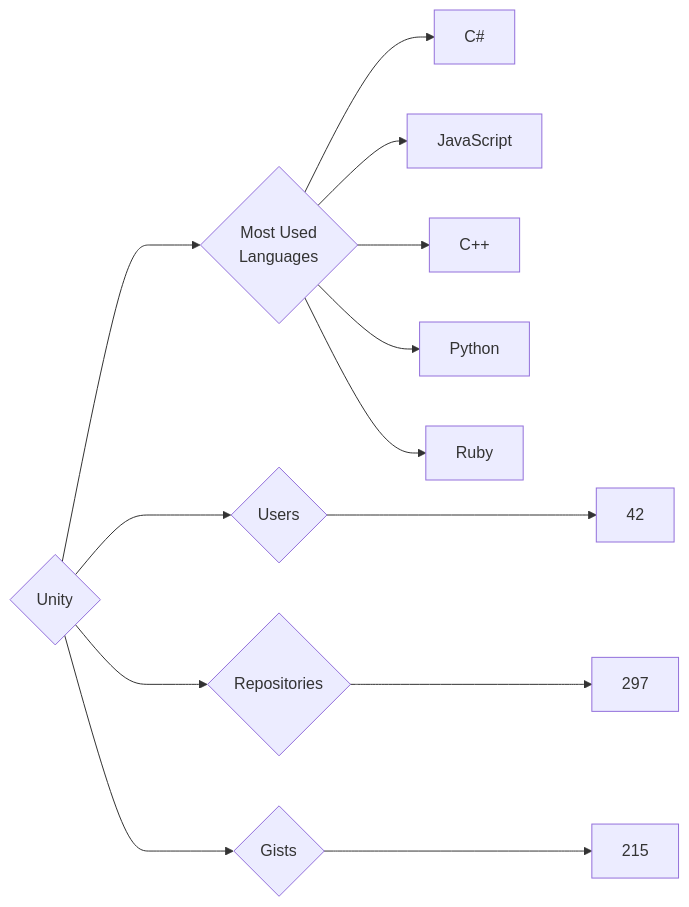
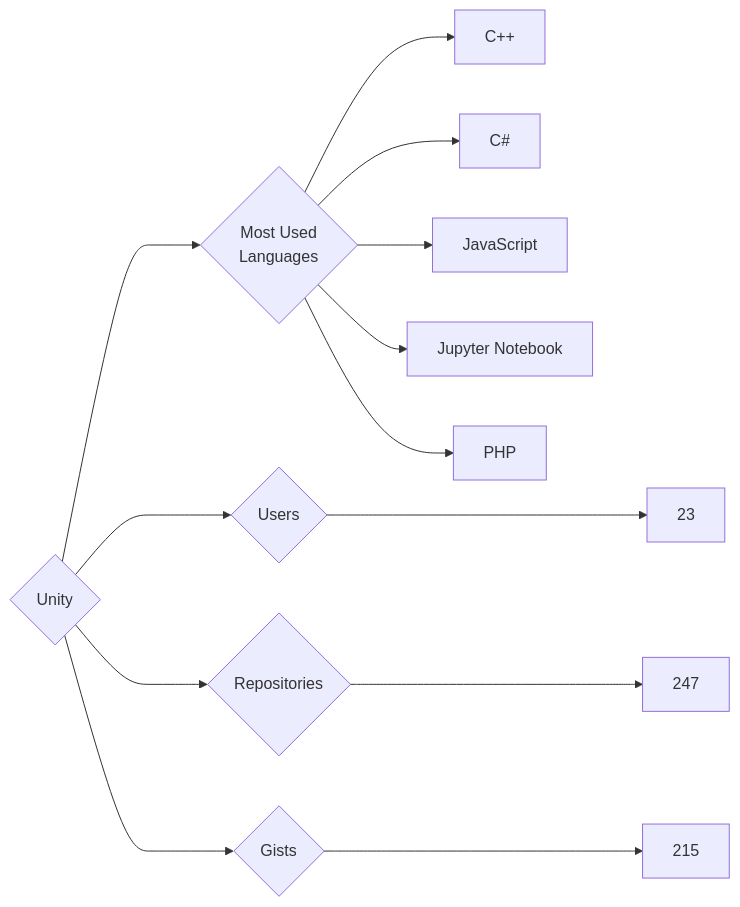
The diagram in targets/Unity/README.md (trickest/insiders), drawn with Mermaid before and after one commit. The commit also changed 770 other files, not shown here.

````diff
--- a/targets/Unity/README.md
+++ b/targets/Unity/README.md
@@ -3,13 +3,13 @@
 ```mermaid
 graph LR
 COMPANY_NAME{Unity}
-COMPANY_NAME ---> U{Users} ---> UN[42]
-COMPANY_NAME ---> R{Repositories} ---> RN[297]
+COMPANY_NAME ---> U{Users} ---> UN[23]
+COMPANY_NAME ---> R{Repositories} ---> RN[247]
 COMPANY_NAME ---> G{Gists} ---> GN[215]
 COMPANY_NAME ---> ML{Most Used<br>Languages}
+ML --> C++[C++]
 ML --> C#[C#]
 ML --> JavaScript[JavaScript]
-ML --> C++[C++]
-ML --> Python[Python]
-ML --> Ruby[Ruby]
+ML --> Jupyter_Notebook[Jupyter Notebook]
+ML --> PHP[PHP]
 ```
````
